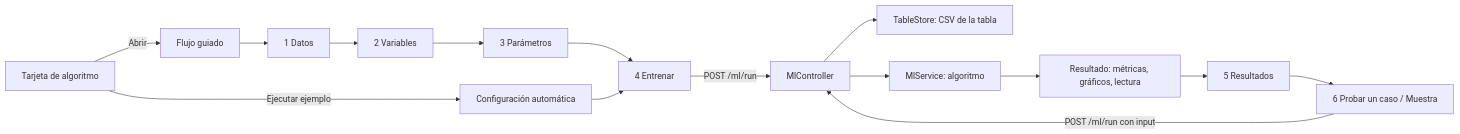
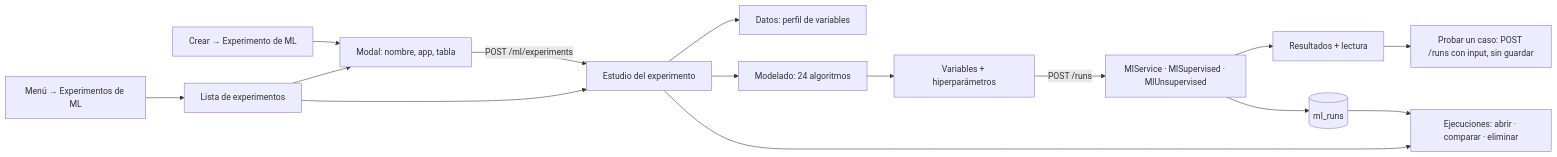
Before and after one commit to brayanfonseca-ai/pruebas-analitica: the tenth of 10 diagrams in docs/diagramas.md, drawn with Mermaid. The commit also changed other lines of this file and 35 other files, not shown here.

Commit message:
Experimentos de ML: modulo independiente con 24 algoritmos, AutoML, historial y comparacion; QA estricta

````diff
--- a/docs/diagramas.md
+++ b/docs/diagramas.md
@@ -130,14 +130,17 @@
 ```mermaid
 flowchart LR
-    T[Tarjeta de algoritmo] -->|Abrir| W[Flujo guiado]
-    T -->|Ejecutar ejemplo| EX[Configuración automática]
-    W --> D[1 Datos] --> V[2 Variables] --> P[3 Parámetros] --> TR[4 Entrenar]
-    EX --> TR
-    TR -->|POST /ml/run| C[MlController]
-    C --> S[TableStore: CSV de la tabla]
-    C --> M[MlService: algoritmo]
-    M --> R[Resultado: métricas, gráficos, lectura]
-    R --> RS[5 Resultados]
-    RS --> CASO[6 Probar un caso / Muestra]
-    CASO -->|POST /ml/run con input| C
+    CR[Crear → Experimento de ML] --> NEW[Modal: nombre, app, tabla]
+    MENU[Menú → Experimentos de ML] --> LIST[Lista de experimentos]
+    LIST --> NEW
+    NEW -->|POST /ml/experiments| EST[Estudio del experimento]
+    LIST --> EST
+    EST --> DAT[Datos: perfil de variables]
+    EST --> MOD[Modelado: 24 algoritmos]
+    MOD --> CFG[Variables + hiperparámetros]
+    CFG -->|POST /runs| ENG[MlService · MlSupervised · MlUnsupervised]
+    ENG --> RES[Resultados + lectura]
+    ENG --> DB[(ml_runs)]
+    RES --> CASO[Probar un caso: POST /runs con input, sin guardar]
+    EST --> RUNS[Ejecuciones: abrir · comparar · eliminar]
+    DB --> RUNS
 ```
````
